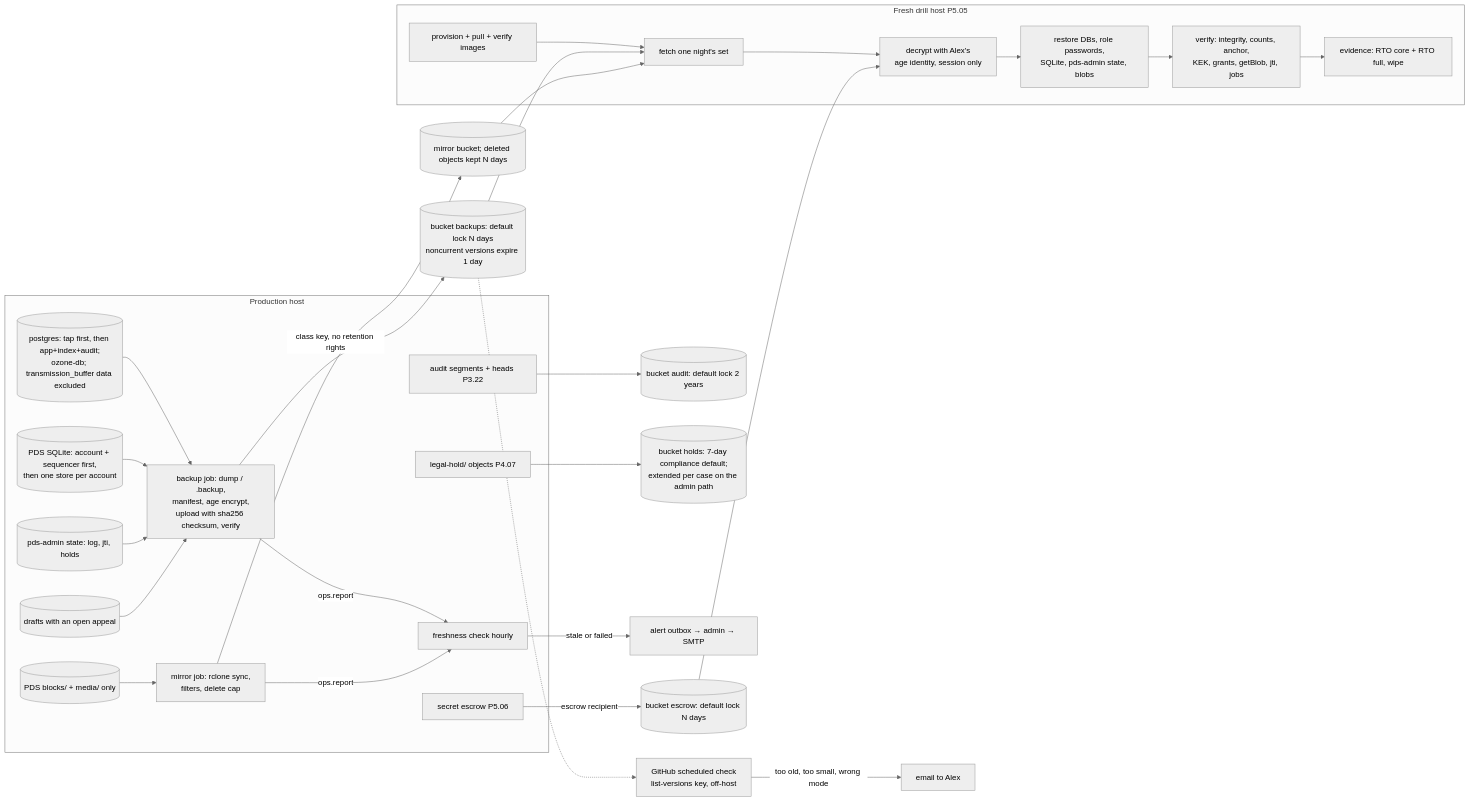
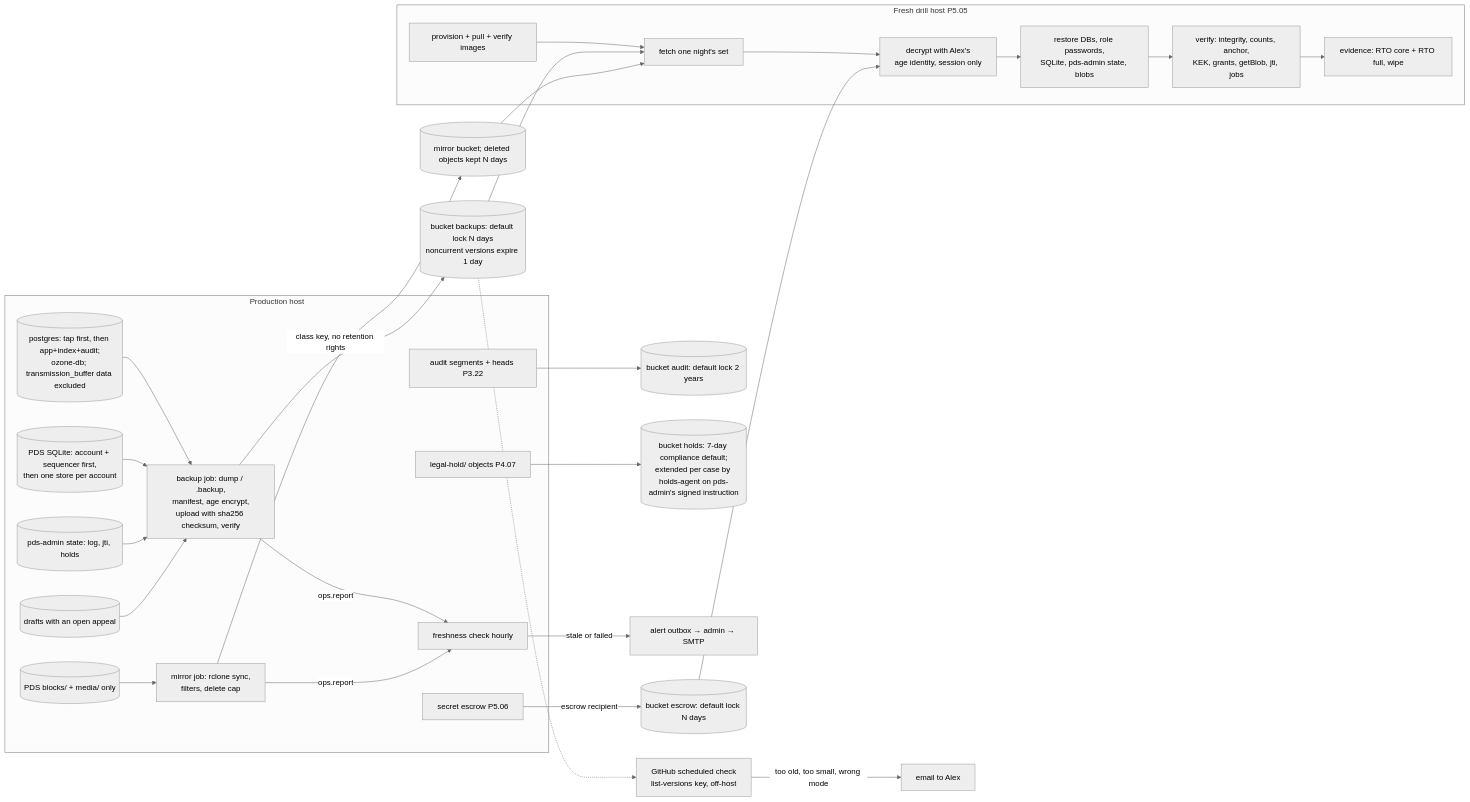
The third of 6 diagrams in docs/ai/book/phase-5.md (Undefined6799/unset), drawn with Mermaid (neutral theme) before and after one commit. The commit also changed other lines of this file and 7 other files, not shown here.

````diff
--- a/docs/ai/book/phase-5.md
+++ b/docs/ai/book/phase-5.md
@@ -233,37 +233,37 @@
 ```mermaid
 flowchart LR
   subgraph HOSTB[Production host]
     PGB[(postgres: tap first, then app+index+audit;<br/>ozone-db; transmission_buffer data excluded)]
     SQL[(PDS SQLite: account + sequencer first,<br/>then one store per account)]
     PAS[(pds-admin state: log, jti, holds)]
     BLOB[(PDS blocks/ + media/ only)]
     AUD[audit segments + heads P3.22]
     HOLD[legal-hold/ objects P4.07]
     APD[(drafts with an open appeal)]
     SEC[secret escrow P5.06]
     JOB[backup job: dump / .backup,<br/>manifest, age encrypt,<br/>upload with sha256 checksum, verify]
     MJ[mirror job: rclone sync,<br/>filters, delete cap]
     FR[freshness check hourly]
   end
   PGB & SQL & PAS & APD --> JOB
   JOB -->|class key, no retention rights| B1[(bucket backups: default lock N days<br/>noncurrent versions expire 1 day)]
   AUD --> B2[(bucket audit: default lock 2 years)]
-  HOLD --> B3[("bucket holds: 7-day compliance default;<br/>extended per case on the admin path")]
+  HOLD --> B3[("bucket holds: 7-day compliance default;<br/>extended per case by holds-agent on pds-admin's signed instruction")]
   SEC -->|escrow recipient| B4[(bucket escrow: default lock N days)]
   BLOB --> MJ --> MIRB[(mirror bucket; deleted objects kept N days)]
   JOB -->|ops.report| FR
   MJ -->|ops.report| FR
   FR -->|stale or failed| ALERT[alert outbox → admin → SMTP]
   GH[GitHub scheduled check<br/>list-versions key, off-host] -->|too old, too small, wrong mode| ALERT2[email to Alex]
   B1 -.-> GH
   subgraph DRILL[Fresh drill host P5.05]
     R0[provision + pull + verify images] --> R1[fetch one night's set]
     R1 --> R2[decrypt with Alex's<br/>age identity, session only]
     R2 --> R3[restore DBs, role passwords,<br/>SQLite, pds-admin state, blobs]
     R3 --> R4[verify: integrity, counts, anchor,<br/>KEK, grants, getBlob, jti, jobs]
     R4 --> R5[evidence: RTO core + RTO full, wipe]
   end
   B1 --> R1
   MIRB --> R1
   B4 --> R2
 ```
````
